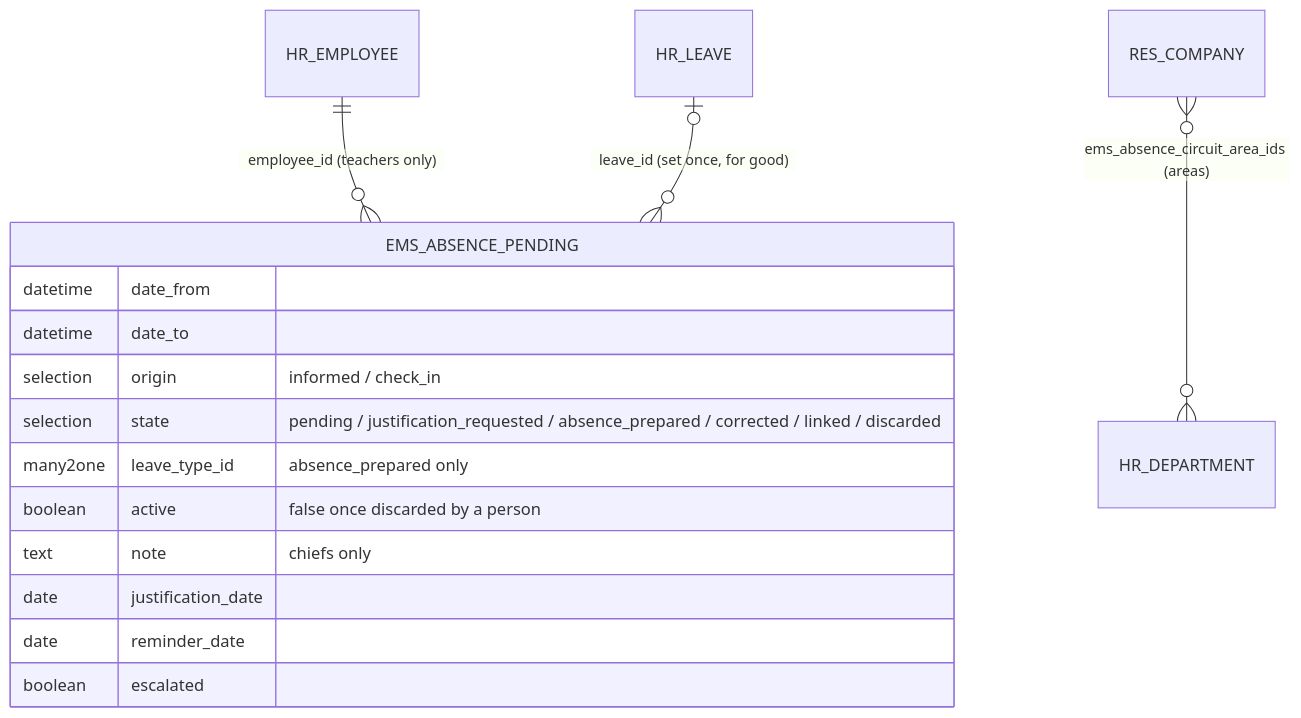
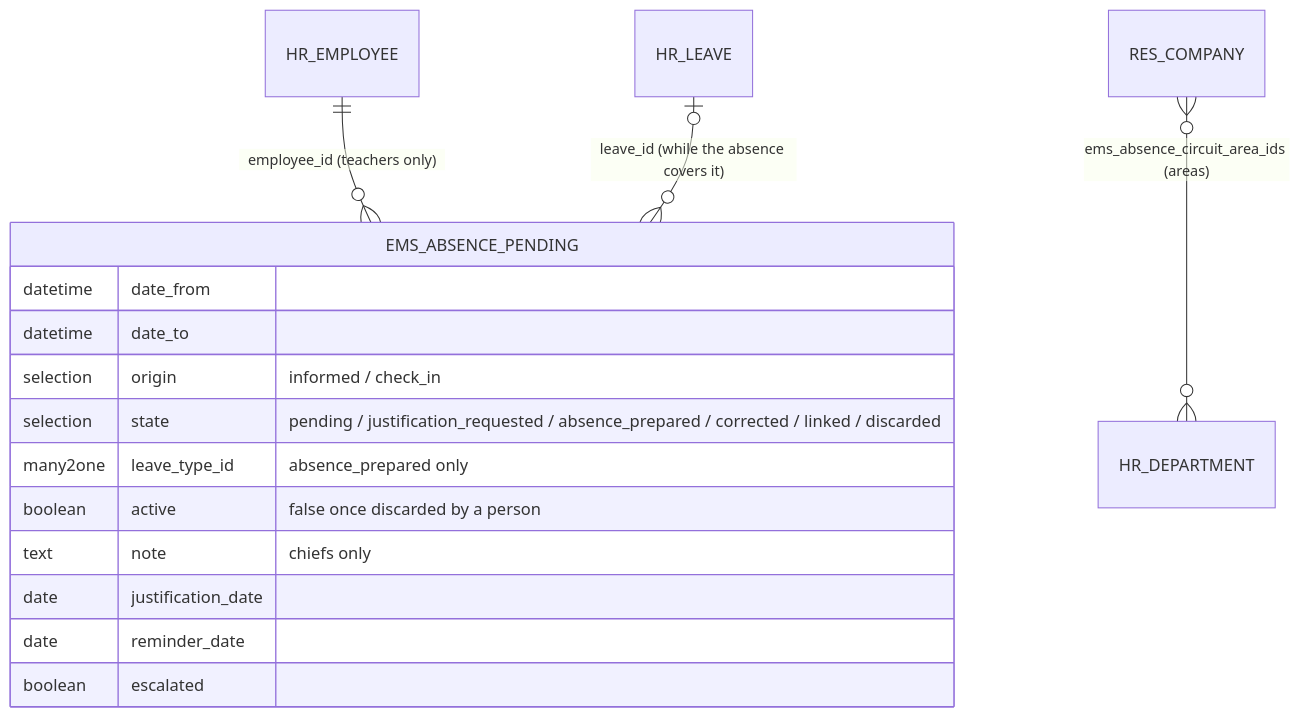
The fifth of 10 diagrams in docs/en/developers/employees/absence.md (ElPuig/EMS), drawn with Mermaid before and after one commit. The commit also changed other lines of this file and 18 other files, not shown here.

````diff
--- a/docs/en/developers/employees/absence.md
+++ b/docs/en/developers/employees/absence.md
@@ -715,18 +721,18 @@
 ```mermaid
 erDiagram
     HR_EMPLOYEE ||--o{ EMS_ABSENCE_PENDING : "employee_id (teachers only)"
-    HR_LEAVE |o--o{ EMS_ABSENCE_PENDING : "leave_id (set once, for good)"
+    HR_LEAVE |o--o{ EMS_ABSENCE_PENDING : "leave_id (while the absence covers it)"
     RES_COMPANY }o--o{ HR_DEPARTMENT : "ems_absence_circuit_area_ids (areas)"
     EMS_ABSENCE_PENDING {
         datetime date_from
         datetime date_to
         selection origin "informed / check_in"
         selection state "pending / justification_requested / absence_prepared / corrected / linked / discarded"
         many2one leave_type_id "absence_prepared only"
         boolean active "false once discarded by a person"
         text note "chiefs only"
         date justification_date
         date reminder_date
         boolean escalated
     }
 ```
````
